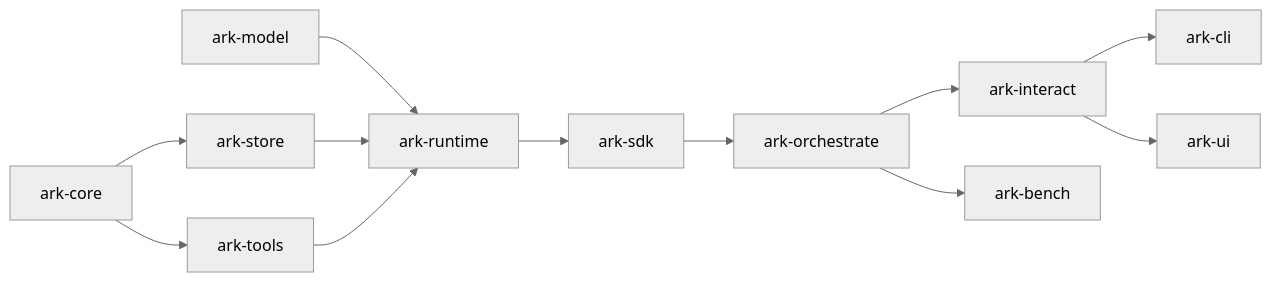
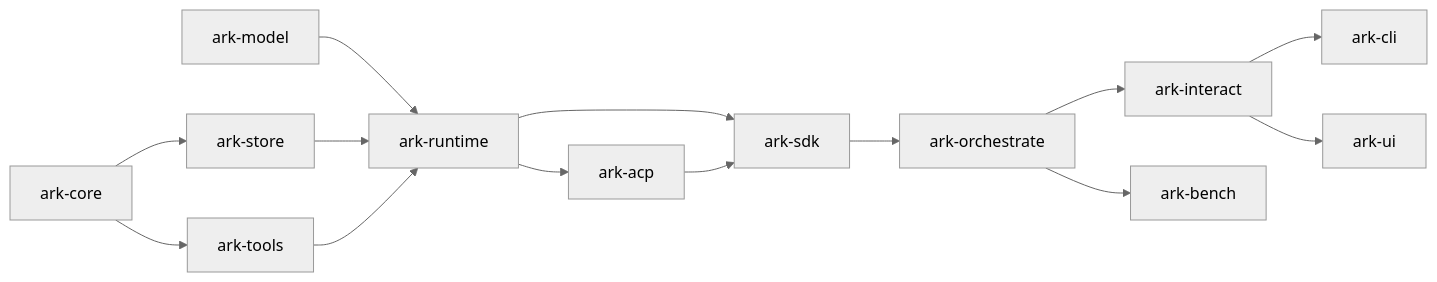
One commit to 0x00vb/ARK changed the second of 5 diagrams in docs/ARCHITECTURE.md. Above: the diagram before and after it, drawn with Mermaid (neutral theme). The commit also changed other lines of this file and 20 other files, not shown here.

````diff
--- a/docs/ARCHITECTURE.md
+++ b/docs/ARCHITECTURE.md
@@ -51,7 +51,8 @@
 ```mermaid
 flowchart LR
     core[ark-core] --> store[ark-store] & tools[ark-tools]
     model[ark-model] & store & tools --> runtime[ark-runtime] --> sdk[ark-sdk]
+    runtime --> acp[ark-acp] --> sdk
     sdk --> orch[ark-orchestrate] --> interact[ark-interact] --> cli[ark-cli] & ui[ark-ui]
     orch --> bench[ark-bench]
 ```
````
